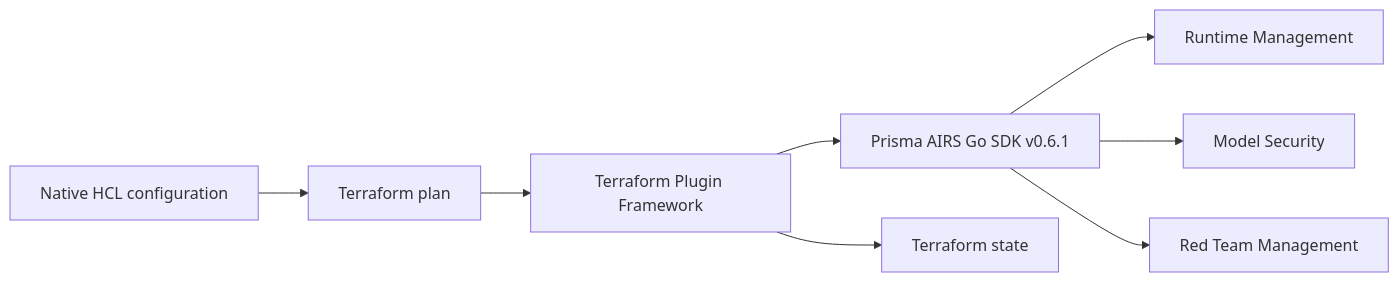
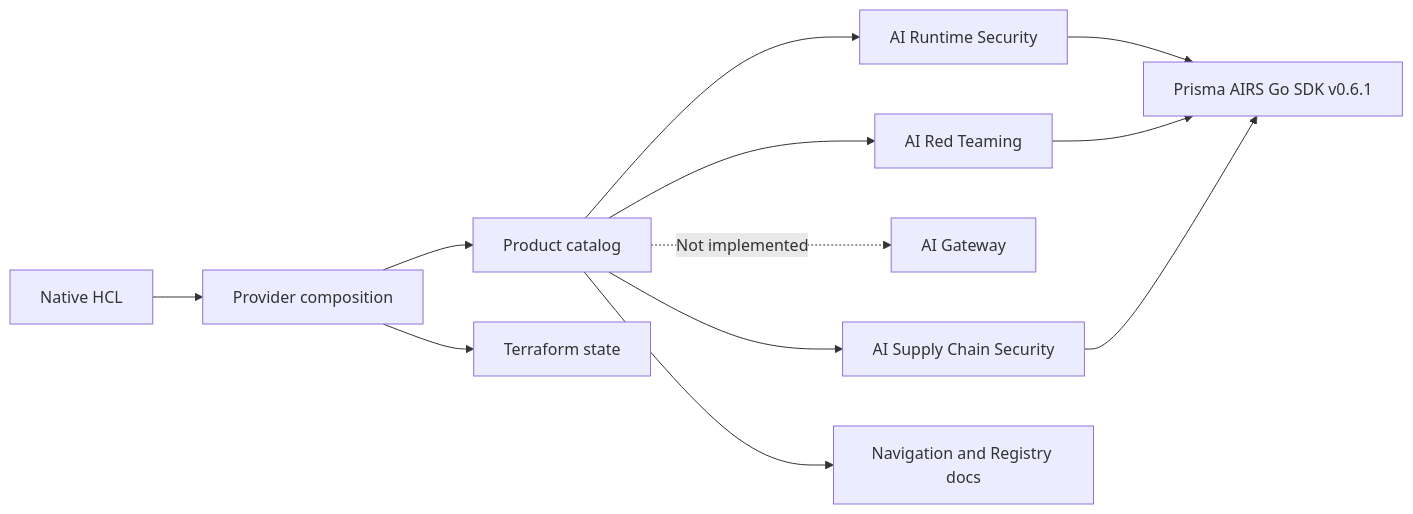
The diagram in docs-site/docs/development/architecture.md (cdot65/terraform-provider-prisma-airs), drawn with Mermaid before and after one commit. The commit also changed other lines of this file and 155 other files, not shown here.

Commit message:
refactor!: organize provider resources by AIRS product (#62)

````diff
--- a/docs-site/docs/development/architecture.md
+++ b/docs-site/docs/development/architecture.md
@@ -5,10 +5,14 @@
 ```mermaid
 flowchart LR
-  HCL[Native HCL configuration] --> Plan[Terraform plan]
-  Plan --> Provider[Terraform Plugin Framework]
-  Provider --> SDK[Prisma AIRS Go SDK v0.6.1]
-  SDK --> Runtime[Runtime Management]
-  SDK --> Model[Model Security]
-  SDK --> RedTeam[Red Team Management]
+  HCL[Native HCL] --> Provider[Provider composition]
+  Provider --> Catalog[Product catalog]
+  Catalog --> Runtime[AI Runtime Security]
+  Catalog --> RedTeam[AI Red Teaming]
+  Catalog -. Not implemented .-> Gateway[AI Gateway]
+  Catalog --> SupplyChain[AI Supply Chain Security]
+  Runtime --> SDK[Prisma AIRS Go SDK v0.6.1]
+  RedTeam --> SDK
+  SupplyChain --> SDK
+  Catalog --> Docs[Navigation and Registry docs]
   Provider --> State[Terraform state]
 ```
````
